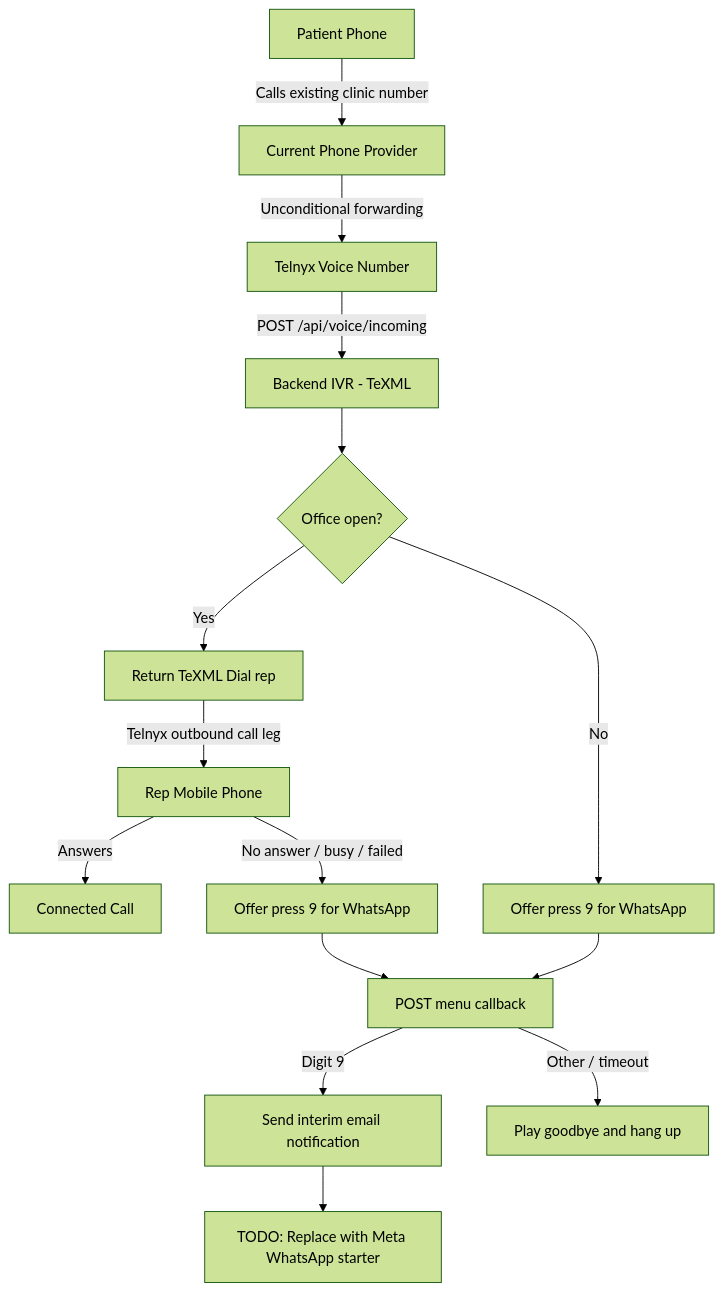
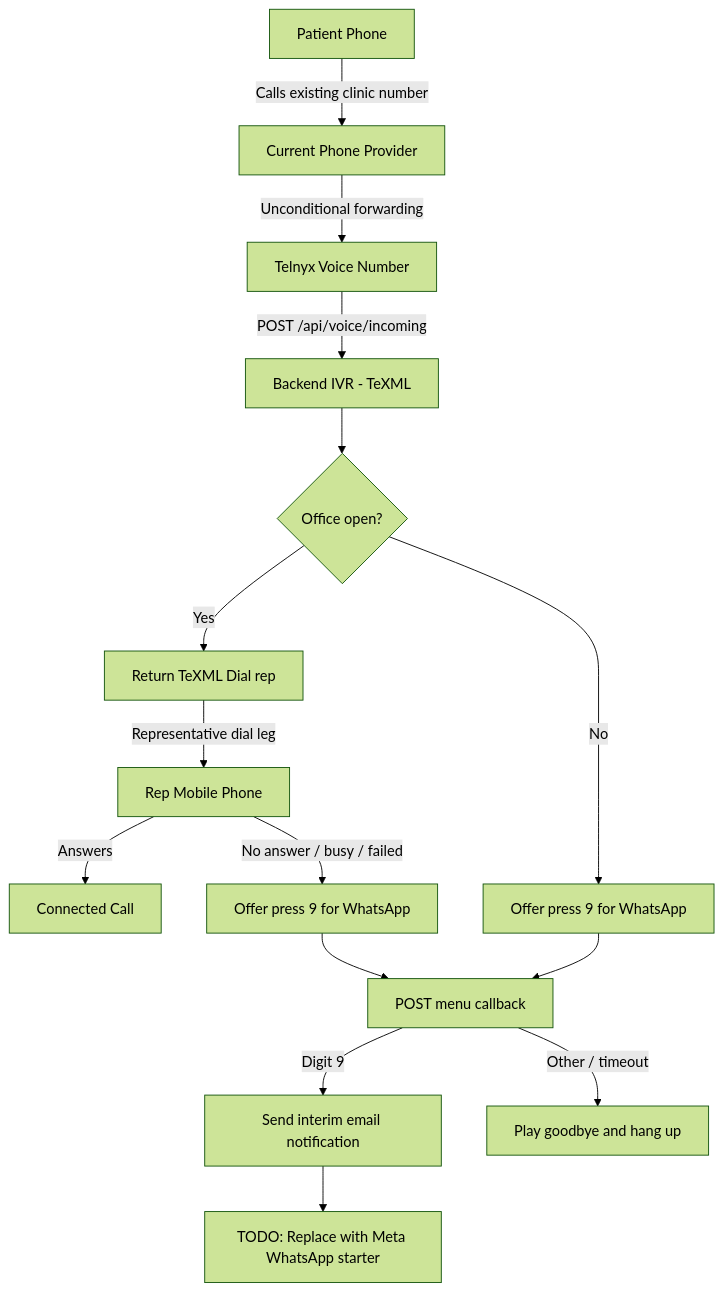
Before and after one commit to rotemoz84/communication-orchestration-platform: the diagram in docs/server/TELNYX_TEXML_IVR_IMPLEMENTATION_PLAN.md, drawn with Mermaid (forest theme). The commit also changed other lines of this file and 24 other files, not shown here.

Commit message:
Remove unused standalone Telnyx outbound calling

````diff
--- a/docs/server/TELNYX_TEXML_IVR_IMPLEMENTATION_PLAN.md
+++ b/docs/server/TELNYX_TEXML_IVR_IMPLEMENTATION_PLAN.md
@@ -29,17 +29,17 @@
 ```mermaid
 flowchart TD
     Caller[Patient Phone] -->|Calls existing clinic number| Provider[Current Phone Provider]
     Provider -->|Unconditional forwarding| TelnyxNumber[Telnyx Voice Number]
     TelnyxNumber -->|POST /api/voice/incoming| IVR[Backend IVR - TeXML]
     IVR --> Hours{Office open?}
     Hours -->|Yes| Dial[Return TeXML Dial rep]
-    Dial -->|Telnyx outbound call leg| Rep[Rep Mobile Phone]
+    Dial -->|Representative dial leg| Rep[Rep Mobile Phone]
     Rep -->|Answers| Connected[Connected Call]
     Rep -->|No answer / busy / failed| NoAnswer[Offer press 9 for WhatsApp]
     Hours -->|No| Closed[Offer press 9 for WhatsApp]
     NoAnswer --> Menu[POST menu callback]
     Closed --> Menu
     Menu -->|Digit 9| Email[Send interim email notification]
     Email --> Todo[TODO: Replace with Meta WhatsApp starter]
     Menu -->|Other / timeout| Goodbye[Play goodbye and hang up]
 ```
````
